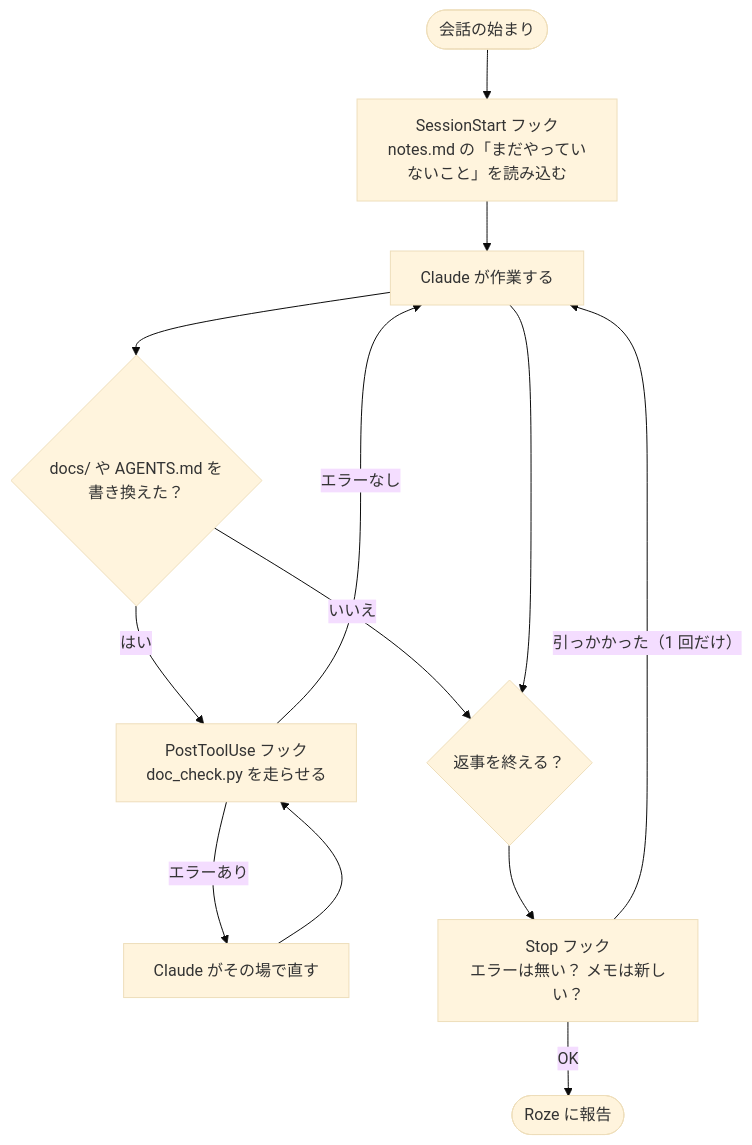
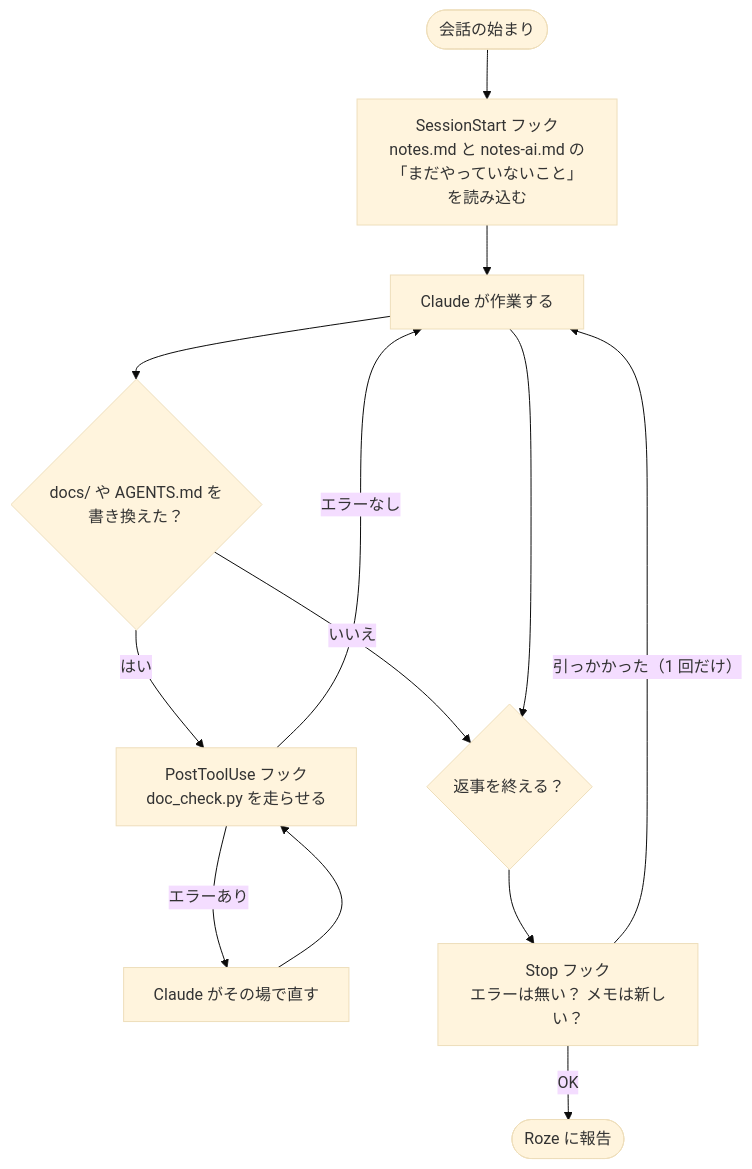
One commit to capypara20/Foxonar changed the second of 2 diagrams in .claude/README.md. Above: the diagram before and after it, drawn with Mermaid (base theme). The commit also changed other lines of this file and 9 other files, not shown here.

````diff
--- a/.claude/README.md
+++ b/.claude/README.md
@@ -35,15 +35,15 @@
 ```mermaid
 flowchart TD
-  start(["会話の始まり"]) --> ss["SessionStart フック<br>notes.md の「まだやっていないこと」を読み込む"]
+  start(["会話の始まり"]) --> ss["SessionStart フック<br>notes.md と notes-ai.md の「まだやっていないこと」を読み込む"]
   ss --> work["Claude が作業する"]
   work --> edit{"docs/ や AGENTS.md を<br>書き換えた？"}
   edit -- はい --> post["PostToolUse フック<br>doc_check.py を走らせる"]
   post -- エラーあり --> fix["Claude がその場で直す"]
   fix --> post
   post -- エラーなし --> work
   edit -- いいえ --> done{"返事を終える？"}
   work --> done
   done --> stop["Stop フック<br>エラーは無い？ メモは新しい？"]
   stop -- 引っかかった（1 回だけ） --> work
   stop -- OK --> finish(["Roze に報告"])
 ```
````
